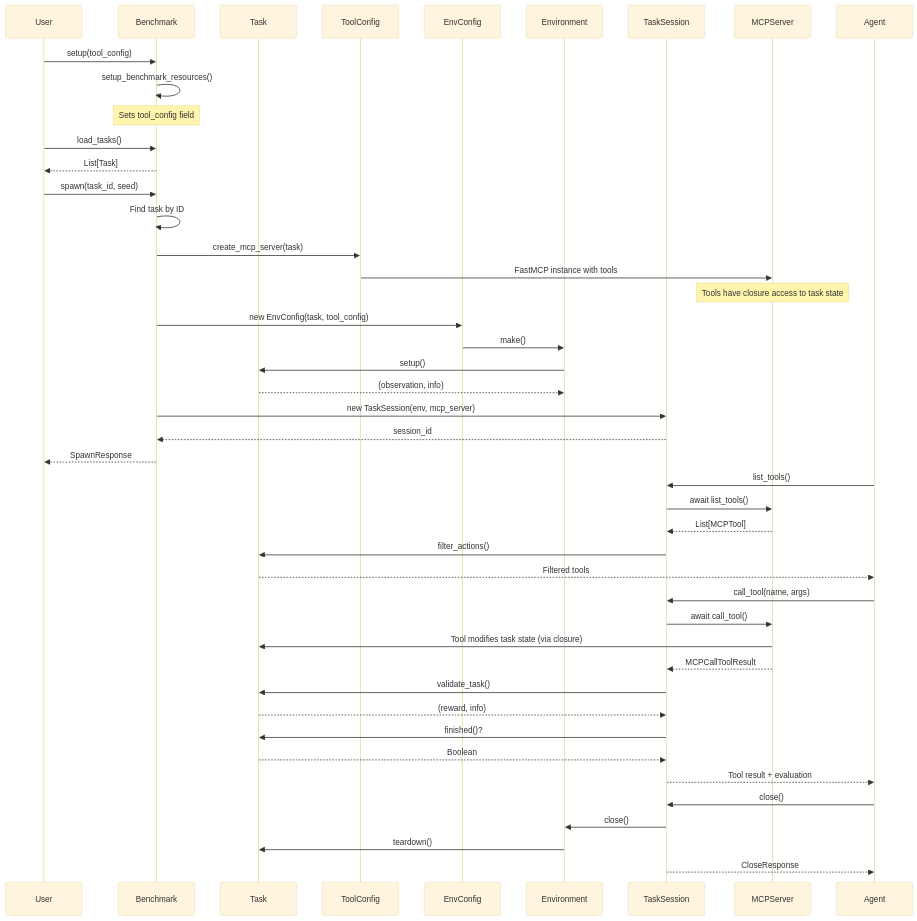
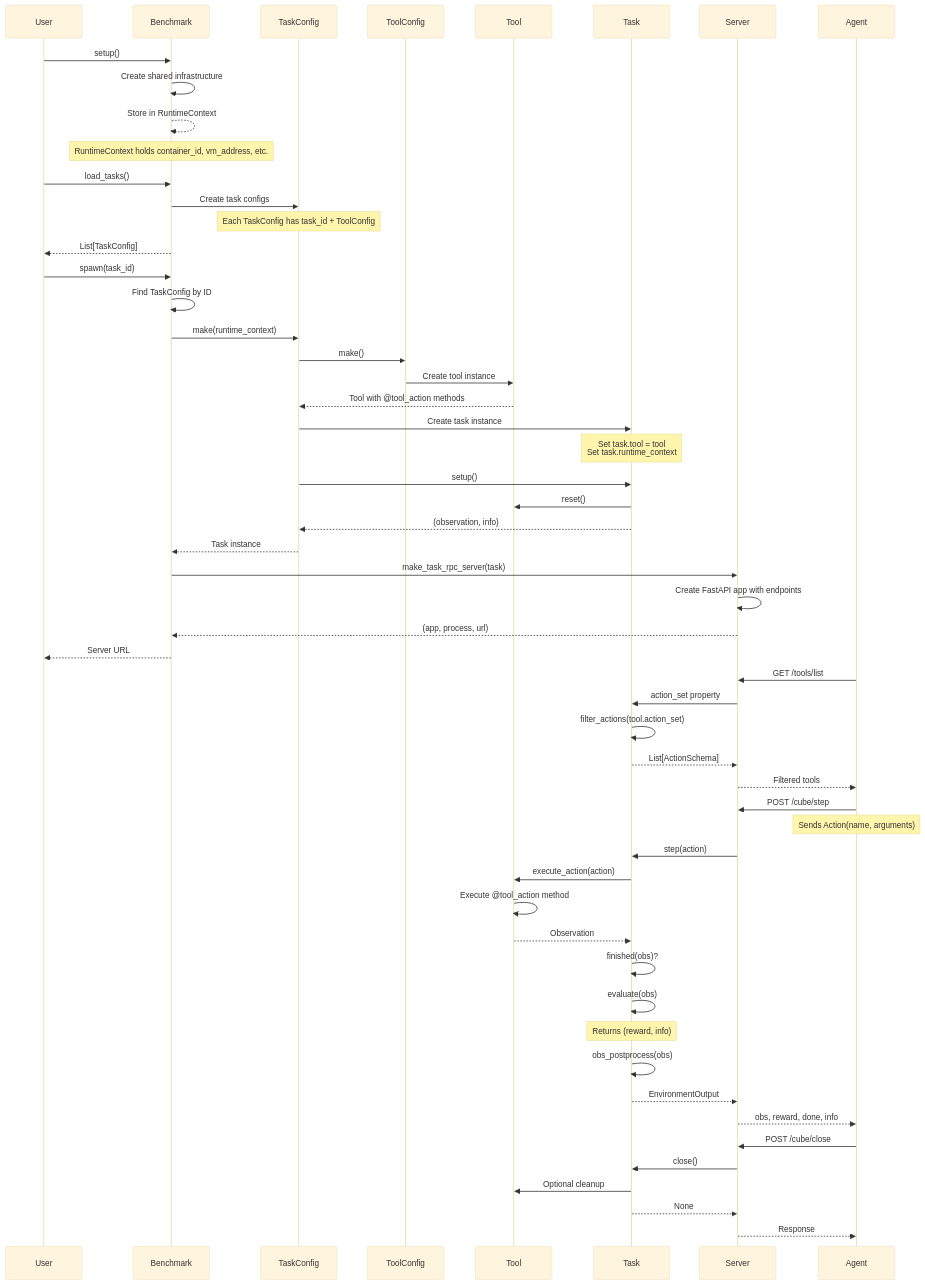
The second of 4 diagrams in architecture-diagram.md (The-AI-Alliance/cube-standard), drawn with Mermaid (base theme) before and after one commit. The commit also changed other lines of this file, not shown here.

Commit message:
update diagrams

````diff
--- a/architecture-diagram.md
+++ b/architecture-diagram.md
@@ -58,64 +67,74 @@
 ```mermaid
 sequenceDiagram
     participant User
     participant Benchmark
+    participant TaskConfig
+    participant ToolConfig
+    participant Tool
     participant Task
-    participant ToolConfig
-    participant EnvConfig
-    participant Environment
-    participant TaskSession
-    participant MCPServer
+    participant Server
     participant Agent
 
     %% Setup Phase
-    User->>Benchmark: setup(tool_config)
-    Benchmark->>Benchmark: setup_benchmark_resources()
-    Note over Benchmark: Sets tool_config field
+    User->>Benchmark: setup()
+    Benchmark->>Benchmark: Create shared infrastructure
+    Benchmark-->>Benchmark: Store in RuntimeContext
+    Note over Benchmark: RuntimeContext holds container_id, vm_address, etc.
 
     %% Task Loading
     User->>Benchmark: load_tasks()
-    Benchmark-->>User: List[Task]
+    Benchmark->>TaskConfig: Create task configs
+    Note over TaskConfig: Each TaskConfig has task_id + ToolConfig
+    Benchmark-->>User: List[TaskConfig]
 
-    %% Spawning a Session
-    User->>Benchmark: spawn(task_id, seed)
-    Benchmark->>Benchmark: Find task by ID
+    %% Spawning a Task Server
+    User->>Benchmark: spawn(task_id)
+    Benchmark->>Benchmark: Find TaskConfig by ID
+    Benchmark->>TaskConfig: make(runtime_context)
 
-    %% Create MCP Server first
-    Benchmark->>ToolConfig: create_mcp_server(task)
-    ToolConfig->>MCPServer: FastMCP instance with tools
-    Note over MCPServer: Tools have closure access to task state
+    %% Create Tool
+    TaskConfig->>ToolConfig: make()
+    ToolConfig->>Tool: Create tool instance
+    Tool-->>TaskConfig: Tool with @tool_action methods
 
-    %% Create Environment
-    Benchmark->>EnvConfig: new EnvConfig(task, tool_config)
-    EnvConfig->>Environment: make()
-    Environment->>Task: setup()
-    Task-->>Environment: (observation, info)
+    %% Create Task
+    TaskConfig->>Task: Create task instance
+    Note over Task: Set task.tool = tool<br/>Set task.runtime_context
+    TaskConfig->>Task: setup()
+    Task->>Tool: reset()
+    Task-->>TaskConfig: (observation, info)
+    TaskConfig-->>Benchmark: Task instance
 
-    %% Create TaskSession with MCP server
-    Benchmark->>TaskSession: new TaskSession(env, mcp_server)
-    TaskSession-->>Benchmark: session_id
-    Benchmark-->>User: SpawnResponse
+    %% Create Server
+    Benchmark->>Server: make_task_rpc_server(task)
+    Server->>Server: Create FastAPI app with endpoints
+    Server-->>Benchmark: (app, process, url)
+    Benchmark-->>User: Server URL
 
     %% Task Execution Loop
-    Agent->>TaskSession: list_tools()
-    TaskSession->>MCPServer: await list_tools()
-    MCPServer-->>TaskSession: List[MCPTool]
-    TaskSession->>Task: filter_actions()
-    Task-->>Agent: Filtered tools
+    Agent->>Server: GET /tools/list
+    Server->>Task: action_set property
+    Task->>Task: filter_actions(tool.action_set)
+    Task-->>Server: List[ActionSchema]
+    Server-->>Agent: Filtered tools
 
-    Agent->>TaskSession: call_tool(name, args)
-    TaskSession->>MCPServer: await call_tool()
-    MCPServer->>Task: Tool modifies task state (via closure)
-    MCPServer-->>TaskSession: MCPCallToolResult
-    TaskSession->>Task: validate_task()
-    Task-->>TaskSession: (reward, info)
-    TaskSession->>Task: finished()?
-    Task-->>TaskSession: Boolean
-    TaskSession-->>Agent: Tool result + evaluation
+    Agent->>Server: POST /cube/step
+    Note over Agent: Sends Action(name, arguments)
+    Server->>Task: step(action)
+    Task->>Tool: execute_action(action)
+    Tool->>Tool: Execute @tool_action method
+    Tool-->>Task: Observation
+    Task->>Task: finished(obs)?
+    Task->>Task: evaluate(obs)
+    Note over Task: Returns (reward, info)
+    Task->>Task: obs_postprocess(obs)
+    Task-->>Server: EnvironmentOutput
+    Server-->>Agent: obs, reward, done, info
 
     %% Cleanup
-    Agent->>TaskSession: close()
-    TaskSession->>Environment: close()
-    Environment->>Task: teardown()
-    TaskSession-->>Agent: CloseResponse
+    Agent->>Server: POST /cube/close
+    Server->>Task: close()
+    Task->>Tool: Optional cleanup
+    Task-->>Server: None
+    Server-->>Agent: Response
 ```
````
